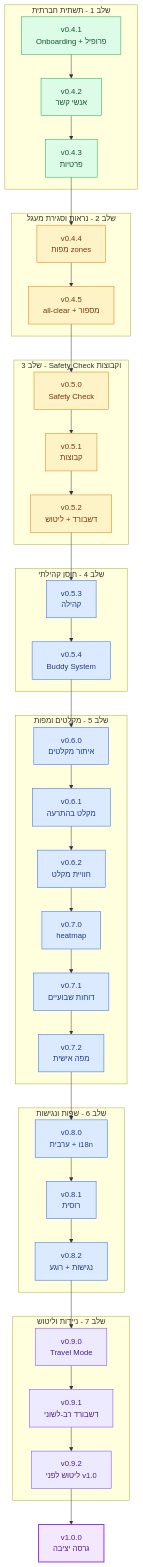
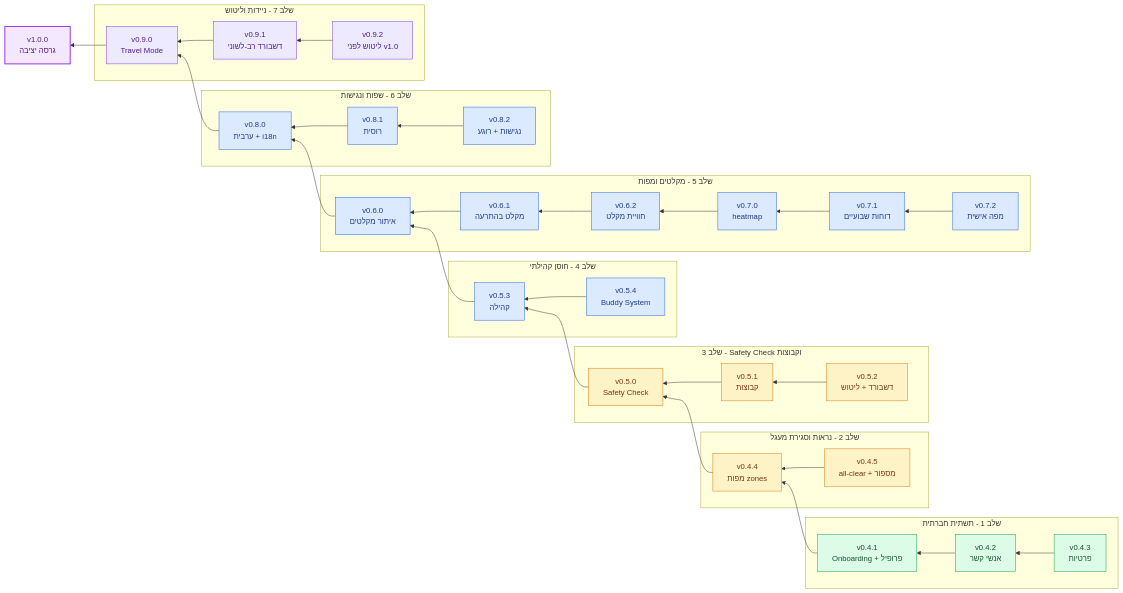
One commit to yonatan2021/pikud-haoref-bot changed the diagram in ROADMAP.md. Above: the diagram before and after it, drawn with Mermaid. The commit also changed other lines of this file, not shown here.

Commit message:
docs: update project roadmap milestones and task priorities

````diff
--- a/ROADMAP.md
+++ b/ROADMAP.md
@@ -1248,76 +75,54 @@
 ```mermaid
-flowchart TB
+flowchart RL
   classDef done fill:#dcfce7,stroke:#16a34a,color:#14532d,stroke-width:1px;
   classDef active fill:#fef3c7,stroke:#d97706,color:#78350f,stroke-width:1px;
   classDef next fill:#dbeafe,stroke:#2563eb,color:#1e3a8a,stroke-width:1px;
   classDef future fill:#ede9fe,stroke:#7c3aed,color:#4c1d95,stroke-width:1px;
   classDef release fill:#f3e8ff,stroke:#9333ea,color:#581c87,stroke-width:2px;
 
-  subgraph P1["שלב 1 - תשתית חברתית"]
-    A1["v0.4.1<br/>Onboarding + פרופיל"]
-    A2["v0.4.2<br/>אנשי קשר"]
-    A3["v0.4.3<br/>פרטיות"]
-    A1 --> A2 --> A3
+  subgraph S1["שלב 1 - תשתית חברתית"]
+    A3["v0.4.3<br/>פרטיות"] --> A2["v0.4.2<br/>אנשי קשר"] --> A1["v0.4.1<br/>Onboarding + פרופיל"]
   end
 
-  subgraph P2["שלב 2 - נראות וסגירת מעגל"]
-    B1["v0.4.4<br/>מפות zones"]
-    B2["v0.4.5<br/>all-clear + מספור"]
-    B1 --> B2
+  subgraph S2["שלב 2 - נראות וסגירת מעגל"]
+    B2["v0.4.5<br/>all-clear + מספור"] --> B1["v0.4.4<br/>מפות zones"]
   end
 
-  subgraph P3["שלב 3 - Safety Check וקבוצות"]
-    C1["v0.5.0<br/>Safety Check"]
-    C2["v0.5.1<br/>קבוצות"]
-    C3["v0.5.2<br/>דשבורד + ליטוש"]
-    C1 --> C2 --> C3
+  subgraph S3["שלב 3 - Safety Check וקבוצות"]
+    C3["v0.5.2<br/>דשבורד + ליטוש"] --> C2["v0.5.1<br/>קבוצות"] --> C1["v0.5.0<br/>Safety Check"]
   end
 
-  subgraph P4["שלב 4 - חוסן קהילתי"]
-    D1["v0.5.3<br/>קהילה"]
-    D2["v0.5.4<br/>Buddy System"]
-    D1 --> D2
+  subgraph S4["שלב 4 - חוסן קהילתי"]
+    D2["v0.5.4<br/>Buddy System"] --> D1["v0.5.3<br/>קהילה"]
   end
 
-  subgraph P5["שלב 5 - מקלטים ומפות"]
-    E1["v0.6.0<br/>איתור מקלטים"]
-    E2["v0.6.1<br/>מקלט בהתרעה"]
-    E3["v0.6.2<br/>חוויית מקלט"]
-    E4["v0.7.0<br/>heatmap"]
-    E5["v0.7.1<br/>דוחות שבועיים"]
-    E6["v0.7.2<br/>מפה אישית"]
-    E1 --> E2 --> E3 --> E4 --> E5 --> E6
+  subgraph S5["שלב 5 - מקלטים ומפות"]
+    E6["v0.7.2<br/>מפה אישית"] --> E5["v0.7.1<br/>דוחות שבועיים"] --> E4["v0.7.0<br/>heatmap"] --> E3["v0.6.2<br/>חוויית מקלט"] --> E2["v0.6.1<br/>מקלט בהתרעה"] --> E1["v0.6.0<br/>איתור מקלטים"]
   end
 
-  subgraph P6["שלב 6 - שפות ונגישות"]
-    F1["v0.8.0<br/>ערבית + i18n"]
-    F2["v0.8.1<br/>רוסית"]
-    F3["v0.8.2<br/>נגישות + רוגע"]
-    F1 --> F2 --> F3
+  subgraph S6["שלב 6 - שפות ונגישות"]
+    F3["v0.8.2<br/>נגישות + רוגע"] --> F2["v0.8.1<br/>רוסית"] --> F1["v0.8.0<br/>ערבית + i18n"]
   end
 
-  subgraph P7["שלב 7 - ניידות וליטוש"]
-    G1["v0.9.0<br/>Travel Mode"]
-    G2["v0.9.1<br/>דשבורד רב-לשוני"]
-    G3["v0.9.2<br/>ליטוש לפני v1.0"]
-    G1 --> G2 --> G3
+  subgraph S7["שלב 7 - ניידות וליטוש"]
+    G3["v0.9.2<br/>ליטוש לפני v1.0"] --> G2["v0.9.1<br/>דשבורד רב-לשוני"] --> G1["v0.9.0<br/>Travel Mode"]
   end
 
   H1["v1.0.0<br/>גרסה יציבה"]:::release
 
-  A3 --> B1
-  B2 --> C1
-  C3 --> D1
-  D2 --> E1
-  E6 --> F1
-  F3 --> G1
-  G3 --> H1
+  A1 --> B1
+  B1 --> C1
+  C1 --> D1
+  D1 --> E1
+  E1 --> F1
+  F1 --> G1
+  G1 --> H1
 
   class A1,A2,A3 done
   class B1,B2 active
   class C1,C2,C3 active
   class D1,D2 next
   class E1,E2,E3,E4,E5,E6 next
   class F1,F2,F3 next
   class G1,G2,G3 future
 ```
````
